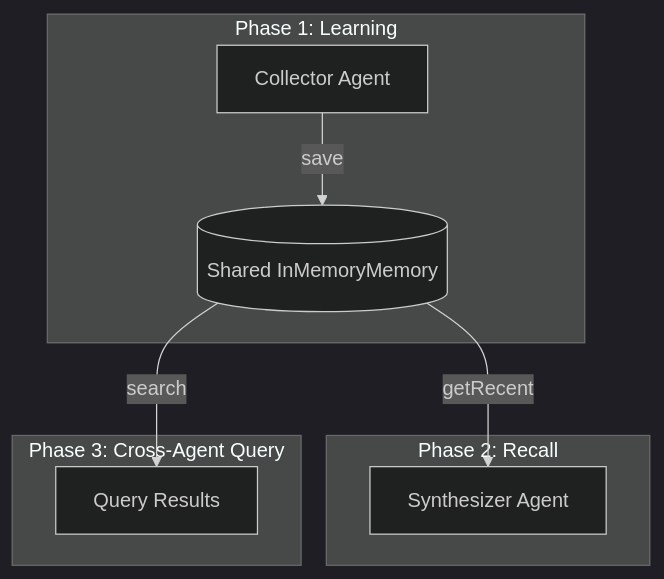
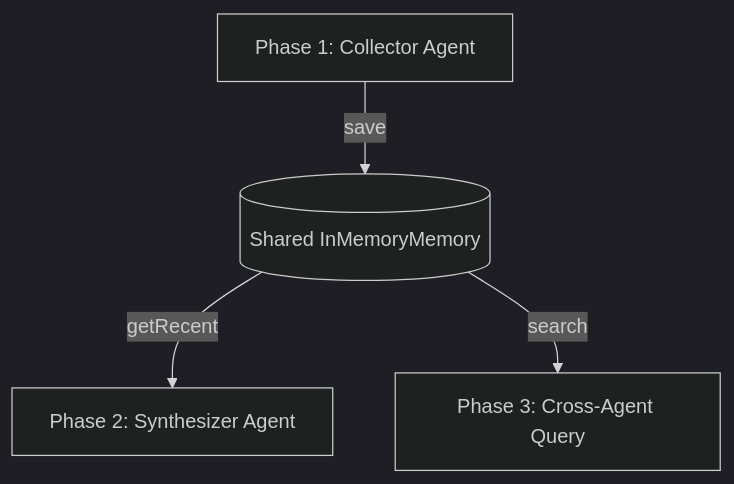
The diagram in conversation-memory-persistence/README.md (intelliswarm-ai/swarm-ai-examples), drawn with Mermaid (dark theme) before and after one commit. The commit also changed 4 other files, not shown here.

Commit message:
feat(examples): Mermaid diagrams for workflow visualization

````diff
--- a/conversation-memory-persistence/README.md
+++ b/conversation-memory-persistence/README.md
@@ -7,13 +7,6 @@
 ```mermaid
 graph TD
-    MEM[(Shared InMemoryMemory)]
-    subgraph Phase 1: Learning
-        C[Collector Agent] -->|save| MEM
-    end
-    subgraph Phase 2: Recall
-        MEM -->|getRecent| S[Synthesizer Agent]
-    end
-    subgraph Phase 3: Cross-Agent Query
-        MEM -->|search| Q[Query Results]
-    end
+    C[Phase 1: Collector Agent] -->|save| MEM[(Shared InMemoryMemory)]
+    MEM -->|getRecent| S[Phase 2: Synthesizer Agent]
+    MEM -->|search| Q[Phase 3: Cross-Agent Query]
 ```
````
